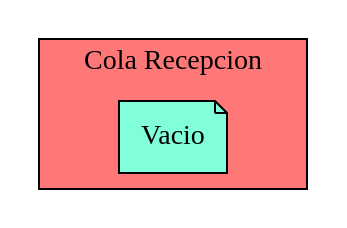
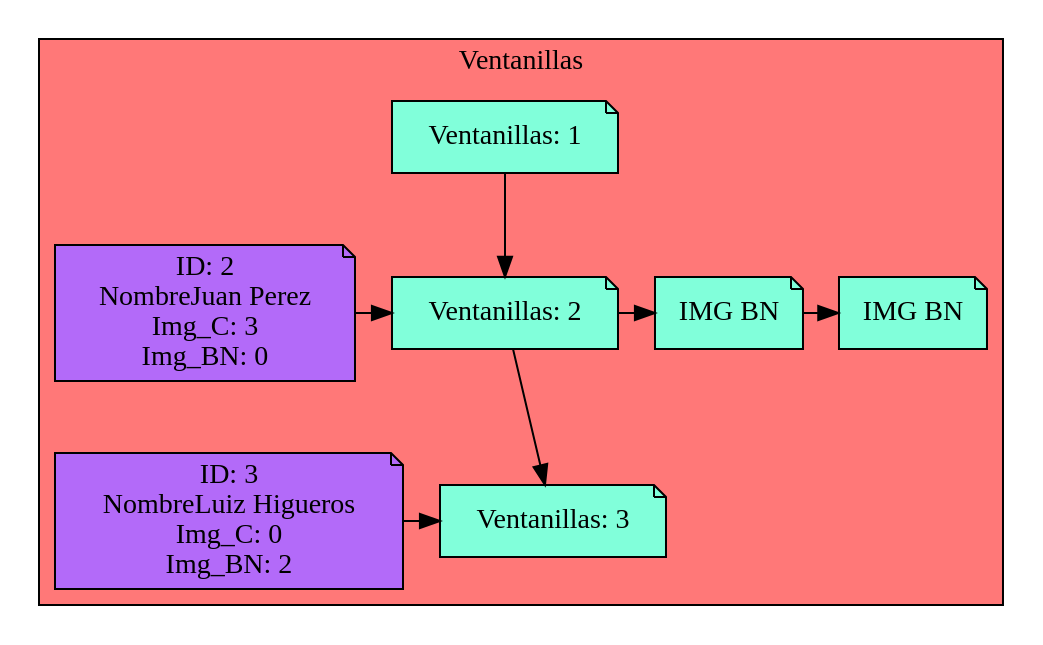
Before and after one commit to Serch-ING/EDD_UDRAWING_202000119: the diagram in test.dot, drawn with Graphviz. The commit also changed 15 other files, not shown here.

```diff
--- a/test.dot
+++ b/test.dot
@@ -1,8 +1,34 @@
 digraph L {
 node[shape=note fillcolor="#A181FF" style =filled]
 subgraph cluster_p{
-    label= " Cola Recepcion "
+    label= " Ventanillas "
     bgcolor = "#FF7878"
-Nodo1008925772[label="Vacio",fillcolor="#81FFDA"]
+Nodo386163331[label="Ventanillas: 1",fillcolor="#81FFDA",group=1]
+Nodo1540374340[label="Ventanillas: 2",fillcolor="#81FFDA",group=2]
+Nodo283383329[label="Ventanillas: 3",fillcolor="#81FFDA",group=3]
 
-}}
+Nodo386163331 -> Nodo1540374340
+
+{rank=same;Nodo386163331}
+Nodo1540374340 -> Nodo283383329
+
+Cliente893192050[label="ID: 2
+NombreJuan Perez
+Img_C: 3
+Img_BN: 0",fillcolor="#B36AF9",group=2]
+Cliente893192050-> Nodo1540374340
+
+pila1[label="IMG BN",fillcolor="#81FFDA"]
+pila2[label="IMG BN",fillcolor="#81FFDA"]
+Nodo1540374340-> pila1
+ pila1->pila2
+
+{rank=same;Nodo1540374340,Cliente893192050,pila1,pila2}
+
+
+Cliente644345897[label="ID: 3
+NombreLuiz Higueros
+Img_C: 0
+Img_BN: 2",fillcolor="#B36AF9",group=3]
+Cliente644345897-> Nodo283383329
+{rank=same;Nodo283383329,Cliente644345897}}}
```
